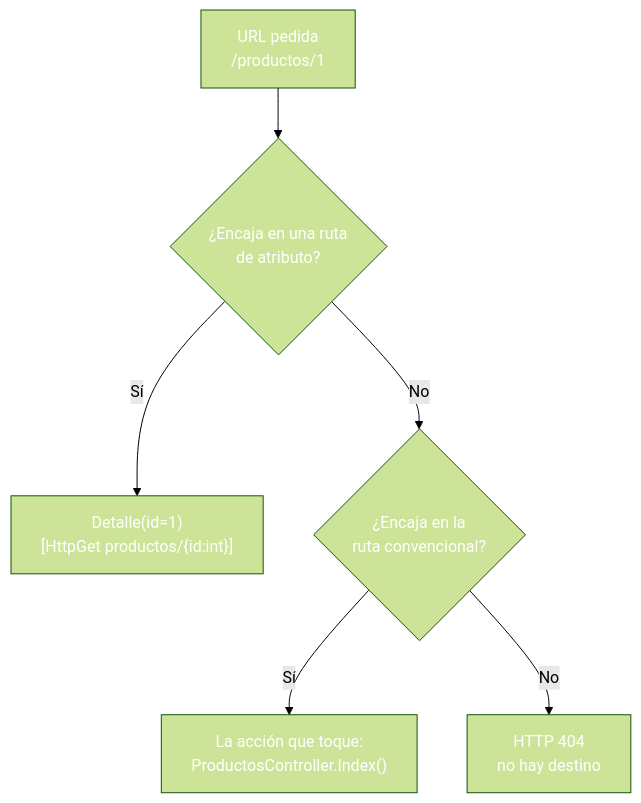
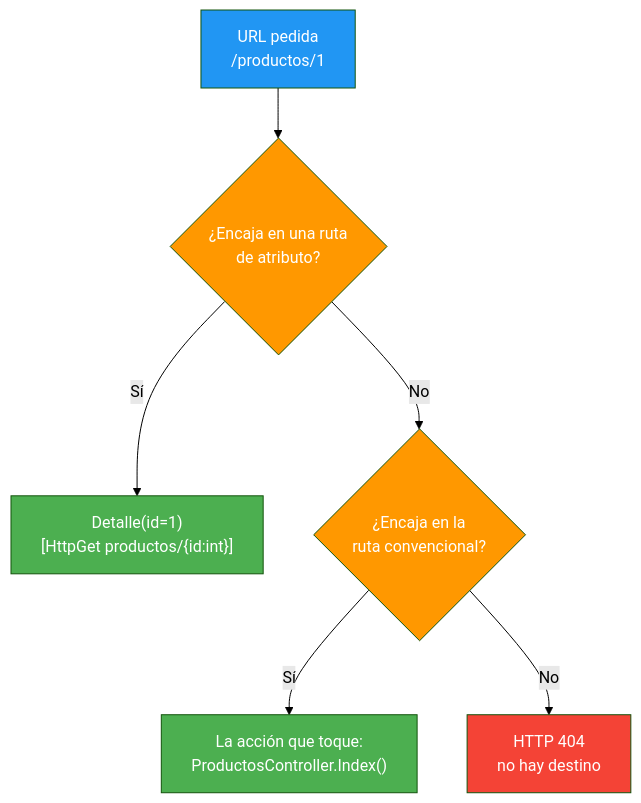
One commit to joseluisgs/DesarrolloWebEntornosServidor-03-2026-2027 changed the first of 4 diagrams in 08-mvc-controladores.md. Above: the diagram before and after it, drawn with Mermaid (forest theme). The commit also changed other lines of this file and 25 other files, not shown here.

Commit message:
docs: corregir los estilos Mermaid de los temas y alinear el dominio del tema 25 con ProductosApp

````diff
--- a/08-mvc-controladores.md
+++ b/08-mvc-controladores.md
@@ -91,14 +91,14 @@
 ```mermaid
 graph TD
     A["URL pedida<br/>/productos/1"] --> B{"¿Encaja en una ruta<br/>de atributo?"}
     B -->|"Sí"| C["Detalle(id=1)<br/>[HttpGet productos/{id:int}]"]
     B -->|"No"| D{"¿Encaja en la<br/>ruta convencional?"}
     D -->|"Sí"| E["La acción que toque:<br/>ProductosController.Index()"]
     D -->|"No"| F["HTTP 404<br/>no hay destino"]
-    style A fill:#2196F,color:#fff3,color:#fff
-    style B fill:#FF980,color:#fff0,color:#fff
-    style C fill:#4CAF5,color:#fff0,color:#fff
-    style D fill:#FF980,color:#fff0,color:#fff
-    style E fill:#4CAF5,color:#fff0,color:#fff
-    style F fill:#f4433,color:#fff6,color:#fff
+    style A fill:#2196F3,color:#fff
+    style B fill:#FF9800,color:#fff
+    style C fill:#4CAF50,color:#fff
+    style D fill:#FF9800,color:#fff
+    style E fill:#4CAF50,color:#fff
+    style F fill:#f44336,color:#fff
 ```
````
